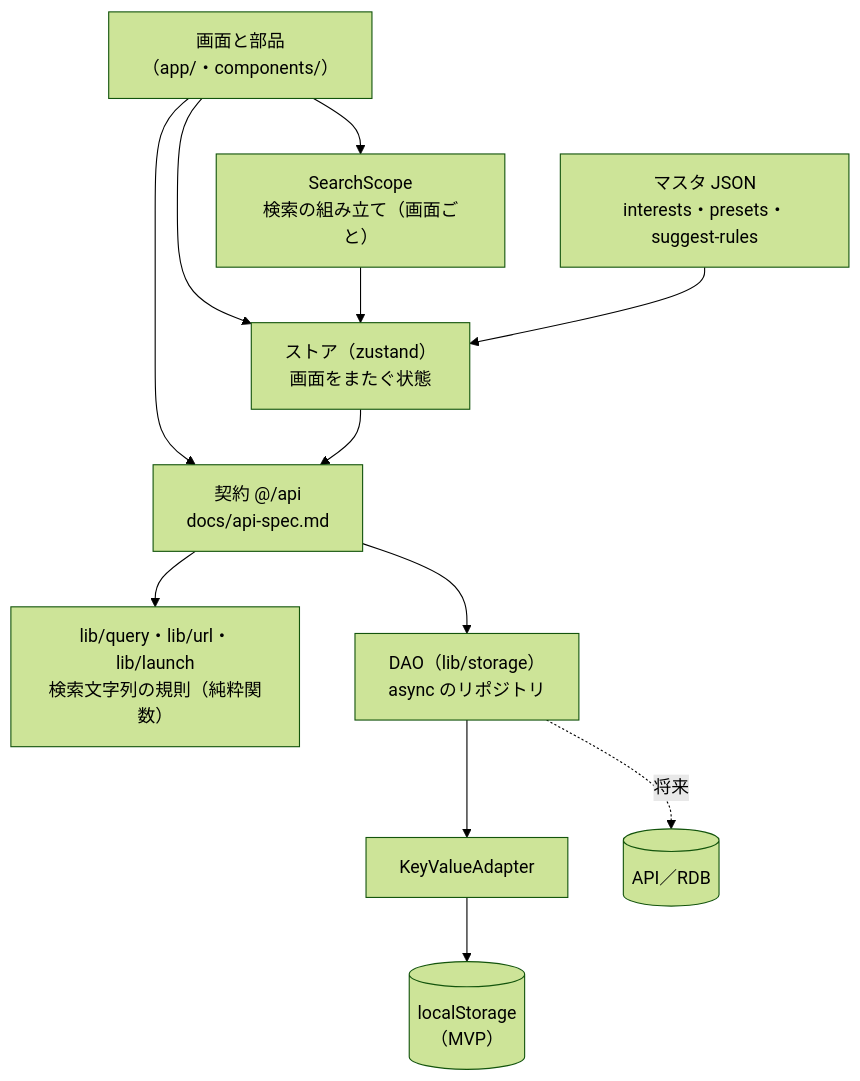
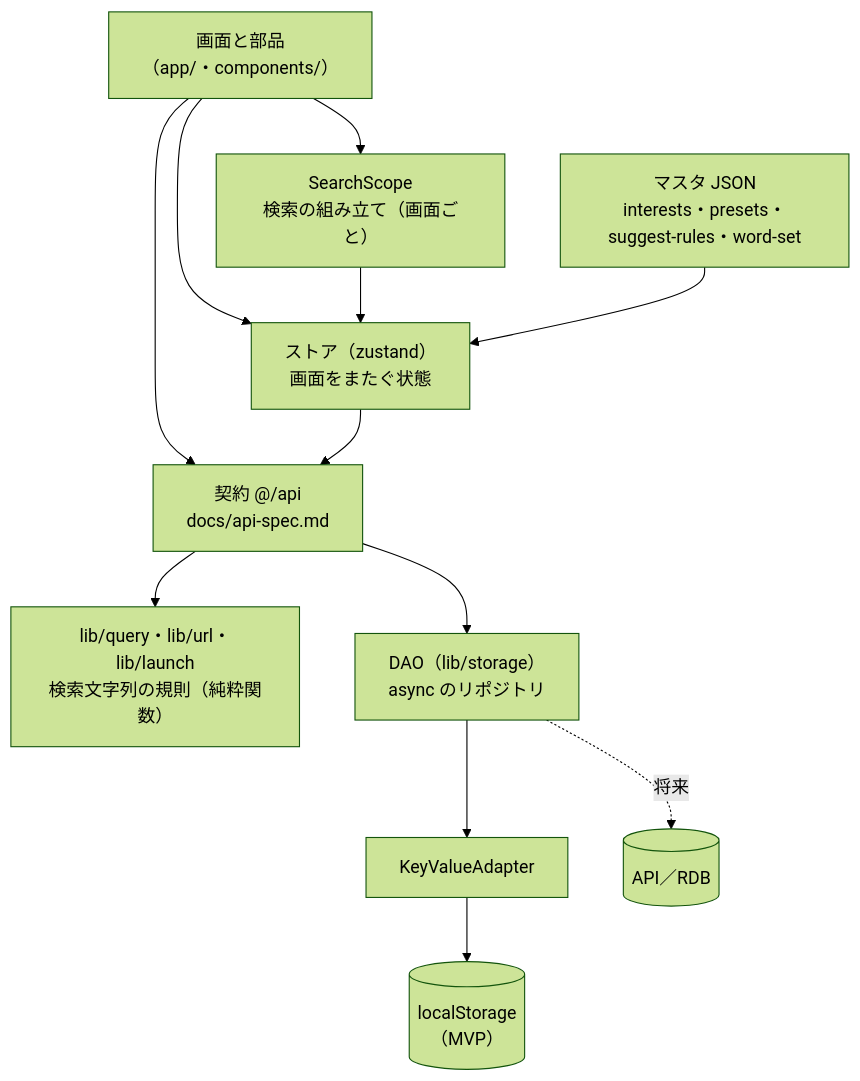
One commit to tanaka1313/egosearchX changed the first of 3 diagrams in docs/requirements.md. Above: the diagram before and after it, drawn with Mermaid (forest theme). The commit also changed other lines of this file and 6 other files, not shown here.

````diff
--- a/docs/requirements.md
+++ b/docs/requirements.md
@@ -308,14 +311,14 @@
 ```mermaid
 flowchart TD
   UI["画面と部品<br/>（app/・components/）"] --> Store["ストア（zustand）<br/>画面をまたぐ状態"]
   UI --> Scope["SearchScope<br/>検索の組み立て（画面ごと）"]
   Scope --> Store
   UI --> API["契約 @/api<br/>docs/api-spec.md"]
   Store --> API
   API --> Query["lib/query・lib/url・lib/launch<br/>検索文字列の規則（純粋関数）"]
   API --> DAO["DAO（lib/storage）<br/>async のリポジトリ"]
   DAO --> KV["KeyValueAdapter"]
   KV --> LS[("localStorage<br/>（MVP）")]
   DAO -. 将来 .-> RDB[("API／RDB")]
-  Master["マスタ JSON<br/>interests・presets・suggest-rules"] --> Store
+  Master["マスタ JSON<br/>interests・presets・suggest-rules・word-set"] --> Store
 ```
````
